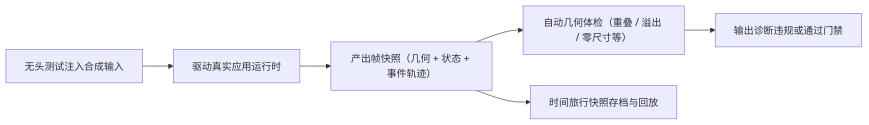
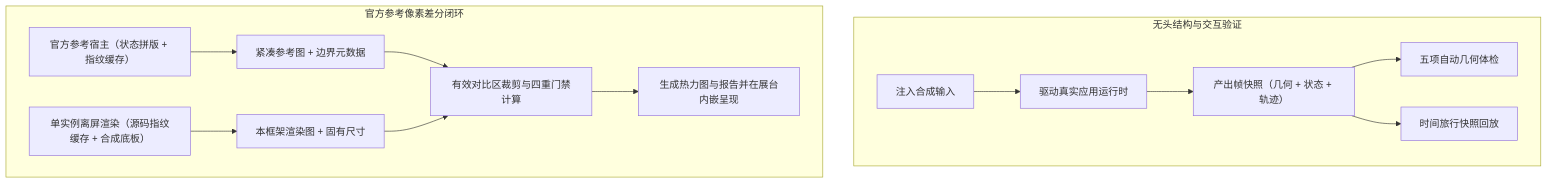
Before and after one commit to pengjiaxusz/unbound-ui: the diagram in docs/architecture/03-扩展系统（subsystems）/无头验证与展台（verification-and-showcase）.md, drawn with Mermaid. The commit also changed other lines of this file and 26 other files, not shown here.

First line of the commit message:
feat(parity): 落地 WinUI3 状态拼版与 ROI 差分体系

````diff
--- a/docs/architecture/03-扩展系统（subsystems）/无头验证与展台（verification-and-showcase）.md
+++ b/docs/architecture/03-扩展系统（subsystems）/无头验证与展台（verification-and-showcase）.md
@@ -16,8 +16,17 @@
 ```mermaid
-flowchart LR
-    Test["无头测试注入合成输入"] --> Runtime["驱动真实应用运行时"]
-    Runtime --> Frame["产出帧快照（几何 + 状态 + 事件轨迹）"]
-    Frame --> Audit["自动几何体检（重叠 / 溢出 / 零尺寸等）"]
-    Frame --> Replay["时间旅行快照存档与回放"]
-    Audit --> Report["输出诊断违规或通过门禁"]
+flowchart TB
+    subgraph Headless["无头结构与交互验证"]
+        Test["注入合成输入"] --> Runtime["驱动真实应用运行时"]
+        Runtime --> Frame["产出帧快照（几何 + 状态 + 轨迹）"]
+        Frame --> Audit["五项自动几何体检"]
+        Frame --> Replay["时间旅行快照回放"]
+    end
+
+    subgraph Parity["官方参考像素差分闭环"]
+        RefHost["官方参考宿主（状态拼版 + 指纹缓存）"] --> RefCap["紧凑参考图 + 边界元数据"]
+        OurRender["单实例离屏渲染（源码指纹缓存 + 合成底板）"] --> OurCap["本框架渲染图 + 固有尺寸"]
+        RefCap --> RoiDiff["有效对比区裁剪与四重门禁计算"]
+        OurCap --> RoiDiff
+        RoiDiff --> GalleryReport["生成热力图与报告并在展台内嵌呈现"]
+    end
 ```
````
